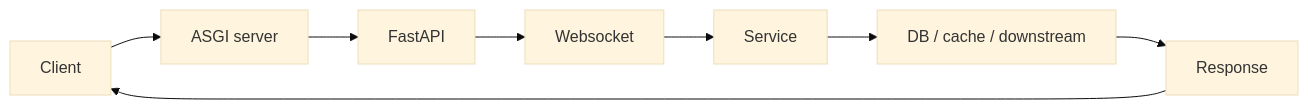
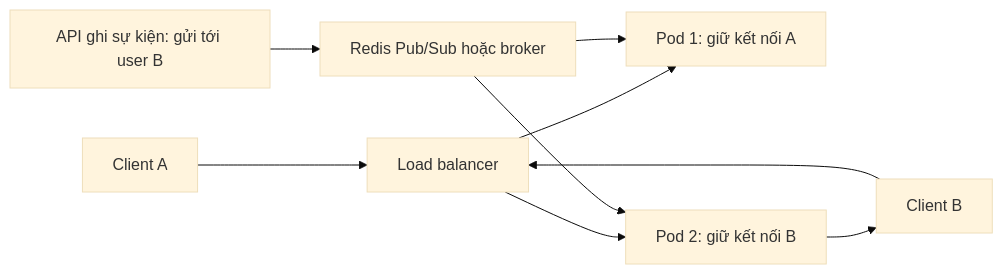
One commit to HuyNguyen-FinX/Try_Hard changed the second of 2 diagrams in python/knowledges/03-fastapi/websocket.md. Above: the diagram before and after it, drawn with Mermaid (base theme). The commit also changed other lines of this file and 139 other files, not shown here.

````diff
--- a/python/knowledges/03-fastapi/websocket.md
+++ b/python/knowledges/03-fastapi/websocket.md
@@ -150,7 +136,11 @@
 ```mermaid
 flowchart LR
-            Client --> ASGI["ASGI server"] --> FastAPI
-            FastAPI --> Topic["Websocket"]
-            Topic --> Service --> Dependency["DB / cache / downstream"]
-            Dependency --> Response --> Client
+    C1["Client A"] --> LB["Load balancer"]
+    C2["Client B"] --> LB
+    LB --> P1["Pod 1: giữ kết nối A"]
+    LB --> P2["Pod 2: giữ kết nối B"]
+    API["API ghi sự kiện: gửi tới user B"] --> Bus["Redis Pub/Sub hoặc broker"]
+    Bus --> P1
+    Bus --> P2
+    P2 --> C2
 ```
````
